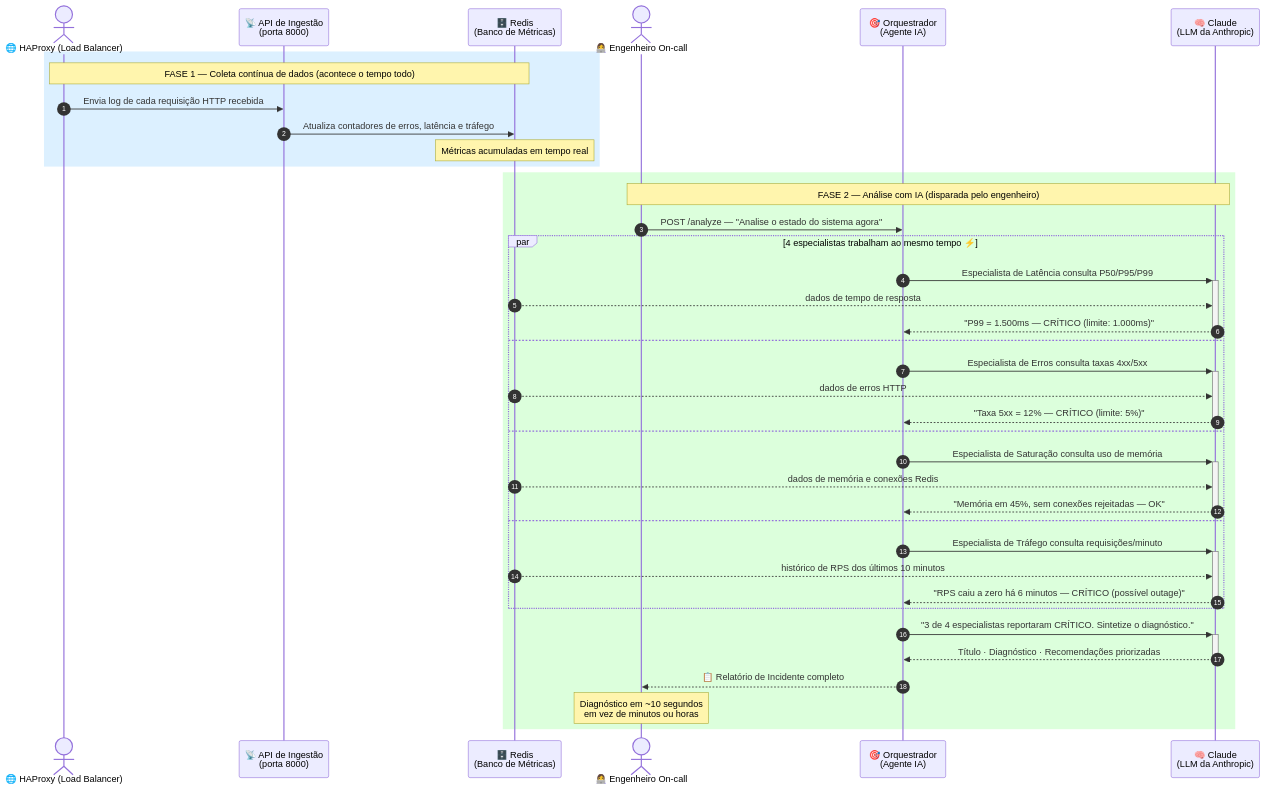
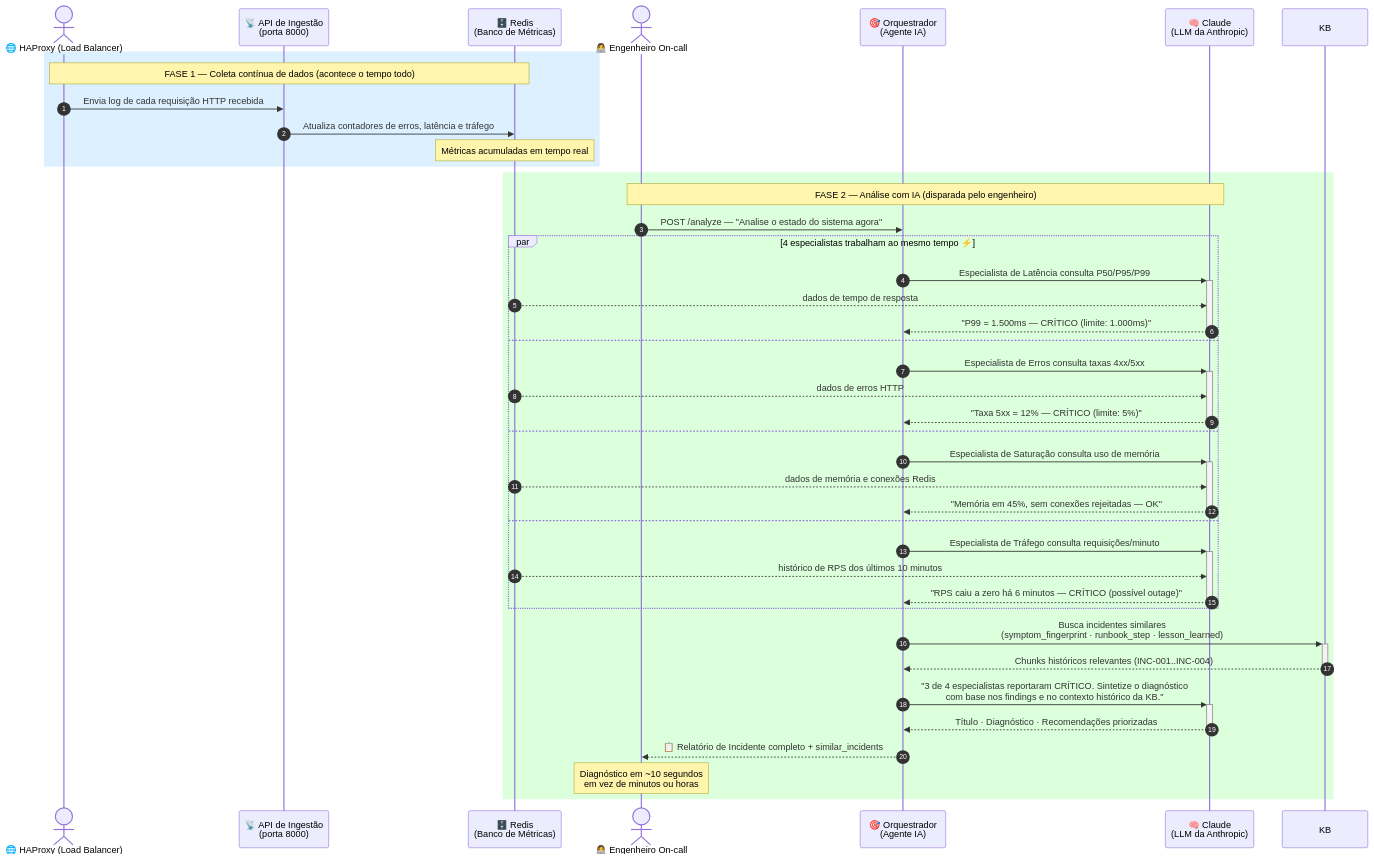
Before and after one commit to valdomirosouza/AgenticAI-2-Incident-Response: the first of 3 diagrams in README.md, drawn with Mermaid. The commit also changed other lines of this file, not shown here.

Commit message:
docs: update README with three-module architecture and Knowledge-Base section

````diff
--- a/README.md
+++ b/README.md
@@ -11,47 +13,50 @@
 ```mermaid
 sequenceDiagram
     autonumber
 
     actor HA  as 🌐 HAProxy (Load Balancer)
     participant API as 📡 API de Ingestão<br/>(porta 8000)
     participant DB  as 🗄️ Redis<br/>(Banco de Métricas)
     actor ENG as 👩‍💻 Engenheiro On-call
     participant ORC as 🎯 Orquestrador<br/>(Agente IA)
     participant CL  as 🧠 Claude<br/>(LLM da Anthropic)
 
     rect rgb(220, 240, 255)
         Note over HA,DB: FASE 1 — Coleta contínua de dados (acontece o tempo todo)
         HA  ->> API: Envia log de cada requisição HTTP recebida
         API ->> DB:  Atualiza contadores de erros, latência e tráfego
         Note over DB: Métricas acumuladas em tempo real
     end
 
     rect rgb(220, 255, 220)
         Note over ENG,CL: FASE 2 — Análise com IA (disparada pelo engenheiro)
         ENG ->> ORC: POST /analyze — "Analise o estado do sistema agora"
 
         par 4 especialistas trabalham ao mesmo tempo ⚡
             ORC ->>+ CL: Especialista de Latência consulta P50/P95/P99
             DB -->> CL: dados de tempo de resposta
             CL -->>- ORC: "P99 = 1.500ms — CRÍTICO (limite: 1.000ms)"
         and
             ORC ->>+ CL: Especialista de Erros consulta taxas 4xx/5xx
             DB -->> CL: dados de erros HTTP
             CL -->>- ORC: "Taxa 5xx = 12% — CRÍTICO (limite: 5%)"
         and
             ORC ->>+ CL: Especialista de Saturação consulta uso de memória
             DB -->> CL: dados de memória e conexões Redis
             CL -->>- ORC: "Memória em 45%, sem conexões rejeitadas — OK"
         and
             ORC ->>+ CL: Especialista de Tráfego consulta requisições/minuto
             DB -->> CL: histórico de RPS dos últimos 10 minutos
             CL -->>- ORC: "RPS caiu a zero há 6 minutos — CRÍTICO (possível outage)"
         end
 
-        ORC ->>+ CL: "3 de 4 especialistas reportaram CRÍTICO. Sintetize o diagnóstico."
+        ORC ->>+ KB: Busca incidentes similares<br/>(symptom_fingerprint · runbook_step · lesson_learned)
+        KB -->>- ORC: Chunks históricos relevantes (INC-001..INC-004)
+
+        ORC ->>+ CL: "3 de 4 especialistas reportaram CRÍTICO. Sintetize o diagnóstico<br/>com base nos findings e no contexto histórico da KB."
         CL -->>- ORC: Título · Diagnóstico · Recomendações priorizadas
 
-        ORC -->> ENG: 📋 Relatório de Incidente completo
+        ORC -->> ENG: 📋 Relatório de Incidente completo + similar_incidents
         Note over ENG: Diagnóstico em ~10 segundos<br/>em vez de minutos ou horas
     end
 ```
````
